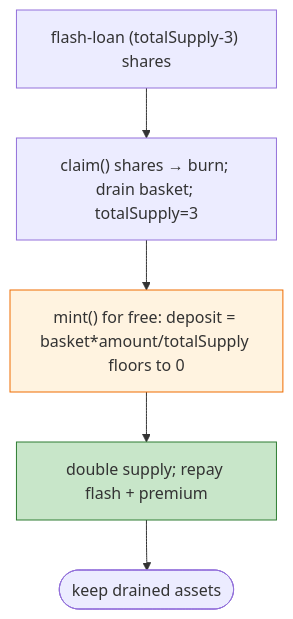
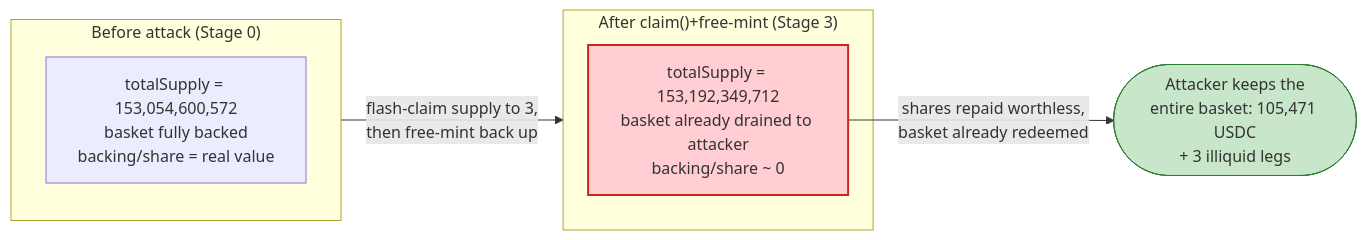
One commit to sanbir/evm-hack-registry changed the fourth of 4 diagrams in 2026-06-ThetanutsFi_exp/ThetanutsFi_exp.md. Above: the diagram before and after it, drawn with Mermaid. The commit also changed other lines of this file and 32 other files, not shown here.

````diff
--- a/2026-06-ThetanutsFi_exp/ThetanutsFi_exp.md
+++ b/2026-06-ThetanutsFi_exp/ThetanutsFi_exp.md
@@ -44,10 +383,14 @@
 ```mermaid
-flowchart TD
-    FL["flash-loan (totalSupply-3) shares"] --> CL["claim() shares → burn; drain basket; totalSupply=3"]
-    CL --> M["mint() for free: deposit = basket*amount/totalSupply floors to 0"]
-    M --> RP["double supply; repay flash + premium"]
-    RP --> OUT(["keep drained assets"])
+flowchart LR
+    subgraph Before["Before attack (Stage 0)"]
+        B["totalSupply = 153,054,600,572<br/>basket fully backed<br/>backing/share = real value"]
+    end
+    subgraph After["After claim()+free-mint (Stage 3)"]
+        Aa["totalSupply = 153,192,349,712<br/>basket already drained to attacker<br/>backing/share ~ 0"]
+    end
+    Before -->|"flash-claim supply to 3,<br/>then free-mint back up"| After
+    Aa -->|"shares repaid worthless,<br/>basket already redeemed"| Drain(["Attacker keeps the<br/>entire basket: 105,471 USDC<br/>+ 3 illiquid legs"])
 
-    style M fill:#fff3e0,stroke:#ef6c00
-    style RP fill:#c8e6c9,stroke:#2e7d32
+    style Aa fill:#ffcdd2,stroke:#c62828,stroke-width:2px
+    style Drain fill:#c8e6c9,stroke:#2e7d32
 ```
````
